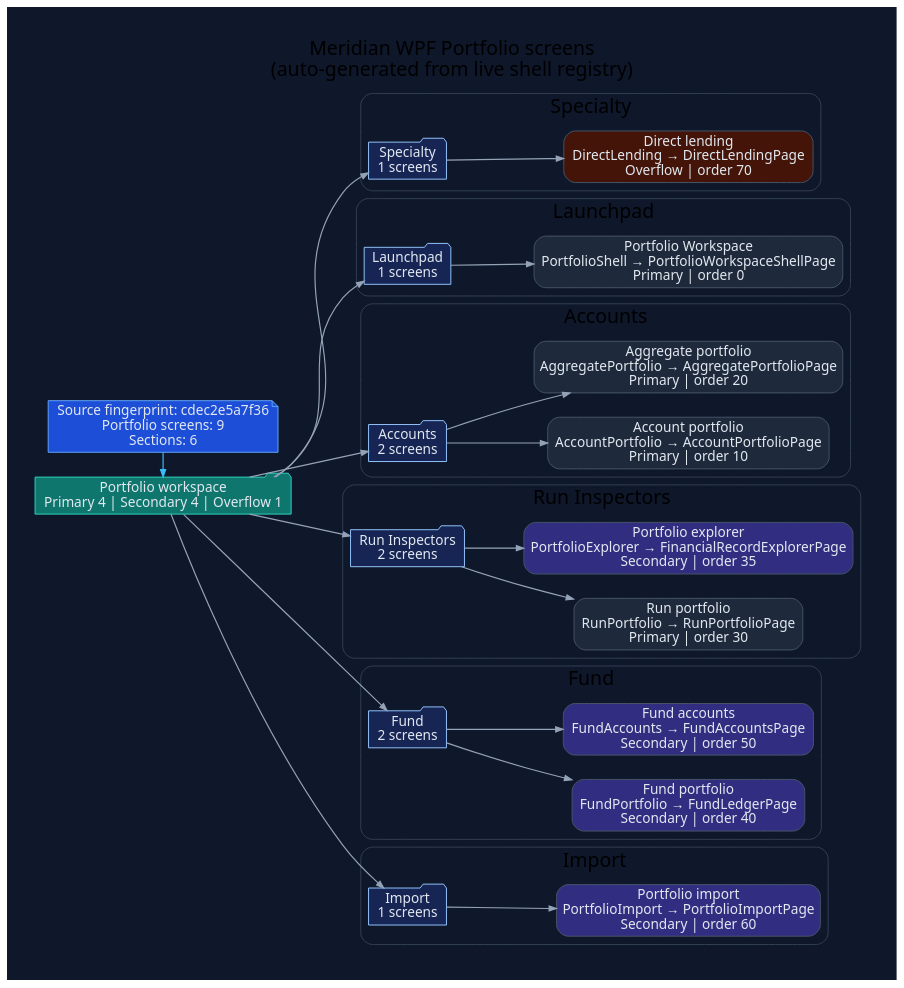
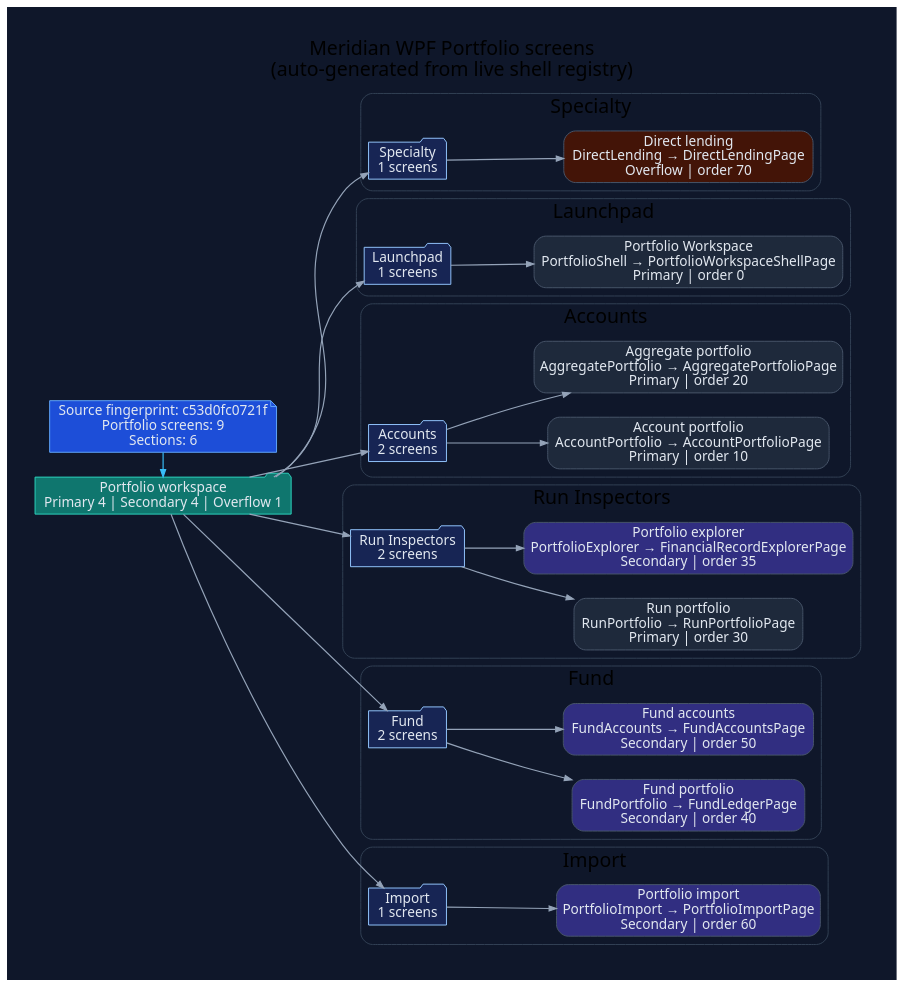
The diagram in docs/diagrams/ui/ui-wpf-screens-portfolio.dot (rodoHasArrived/Meridian-main), drawn with Graphviz before and after one commit. The commit also changed 47 other files, not shown here.

```diff
--- a/docs/diagrams/ui/ui-wpf-screens-portfolio.dot
+++ b/docs/diagrams/ui/ui-wpf-screens-portfolio.dot
@@ -1,92 +1,92 @@
 // -----------------------------------------------------------------------------
 // <auto-generated>
 // Generated by scripts/generate-diagrams.mjs.
 // Do not edit this file directly; update the WPF source files instead.
 // -----------------------------------------------------------------------------
 digraph WpfPortfolioScreens {
   graph [
     rankdir=LR,
     labelloc=t,
     label="Meridian WPF Portfolio screens\n(auto-generated from live shell registry)",
     fontname="Segoe UI",
     fontsize=20,
     pad=0.4,
     nodesep=0.35,
     ranksep=0.85,
     bgcolor="#0f172a"
   ];
   node [fontname="Segoe UI", shape=box, style="rounded,filled", color="#475569", fontcolor="#e2e8f0", fillcolor="#1e293b"];
   edge [fontname="Segoe UI", color="#94a3b8", penwidth=1.2, arrowsize=0.75];
 
-  generated [shape=note, fillcolor="#1d4ed8", color="#60a5fa", label="Source fingerprint: cdec2e5a7f36\nPortfolio screens: 9\nSections: 6"];
+  generated [shape=note, fillcolor="#1d4ed8", color="#60a5fa", label="Source fingerprint: c53d0fc0721f\nPortfolio screens: 9\nSections: 6"];
   workspace [shape=folder, fillcolor="#0f766e", color="#2dd4bf", label="Portfolio workspace\nPrimary 4 | Secondary 4 | Overflow 1"];
   generated -> workspace [color="#38bdf8"];
 
   subgraph cluster_section_1 {
     label="Specialty";
     color="#334155";
     style="rounded";
     section_1 [shape=folder, fillcolor="#172554", color="#93c5fd", label="Specialty\n1 screens"];
     workspace -> section_1;
     screen_DirectLending [fillcolor="#431407", label="Direct lending\nDirectLending → DirectLendingPage\nOverflow | order 70"];
     section_1 -> screen_DirectLending;
   }
 
   subgraph cluster_section_2 {
     label="Launchpad";
     color="#334155";
     style="rounded";
     section_2 [shape=folder, fillcolor="#172554", color="#93c5fd", label="Launchpad\n1 screens"];
     workspace -> section_2;
     screen_PortfolioShell [fillcolor="#1e293b", label="Portfolio Workspace\nPortfolioShell → PortfolioWorkspaceShellPage\nPrimary | order 0"];
     section_2 -> screen_PortfolioShell;
   }
 
   subgraph cluster_section_3 {
     label="Accounts";
     color="#334155";
     style="rounded";
     section_3 [shape=folder, fillcolor="#172554", color="#93c5fd", label="Accounts\n2 screens"];
     workspace -> section_3;
     screen_AccountPortfolio [fillcolor="#1e293b", label="Account portfolio\nAccountPortfolio → AccountPortfolioPage\nPrimary | order 10"];
     section_3 -> screen_AccountPortfolio;
     screen_AggregatePortfolio [fillcolor="#1e293b", label="Aggregate portfolio\nAggregatePortfolio → AggregatePortfolioPage\nPrimary | order 20"];
     section_3 -> screen_AggregatePortfolio;
   }
 
   subgraph cluster_section_4 {
     label="Run Inspectors";
     color="#334155";
     style="rounded";
     section_4 [shape=folder, fillcolor="#172554", color="#93c5fd", label="Run Inspectors\n2 screens"];
     workspace -> section_4;
     screen_RunPortfolio [fillcolor="#1e293b", label="Run portfolio\nRunPortfolio → RunPortfolioPage\nPrimary | order 30"];
     section_4 -> screen_RunPortfolio;
     screen_PortfolioExplorer [fillcolor="#312e81", label="Portfolio explorer\nPortfolioExplorer → FinancialRecordExplorerPage\nSecondary | order 35"];
     section_4 -> screen_PortfolioExplorer;
   }
 
   subgraph cluster_section_5 {
     label="Fund";
     color="#334155";
     style="rounded";
     section_5 [shape=folder, fillcolor="#172554", color="#93c5fd", label="Fund\n2 screens"];
     workspace -> section_5;
     screen_FundPortfolio [fillcolor="#312e81", label="Fund portfolio\nFundPortfolio → FundLedgerPage\nSecondary | order 40"];
     section_5 -> screen_FundPortfolio;
     screen_FundAccounts [fillcolor="#312e81", label="Fund accounts\nFundAccounts → FundAccountsPage\nSecondary | order 50"];
     section_5 -> screen_FundAccounts;
   }
 
   subgraph cluster_section_6 {
     label="Import";
     color="#334155";
     style="rounded";
     section_6 [shape=folder, fillcolor="#172554", color="#93c5fd", label="Import\n1 screens"];
     workspace -> section_6;
     screen_PortfolioImport [fillcolor="#312e81", label="Portfolio import\nPortfolioImport → PortfolioImportPage\nSecondary | order 60"];
     section_6 -> screen_PortfolioImport;
   }
 
   { rank=min; generated; workspace; }
 }
```
